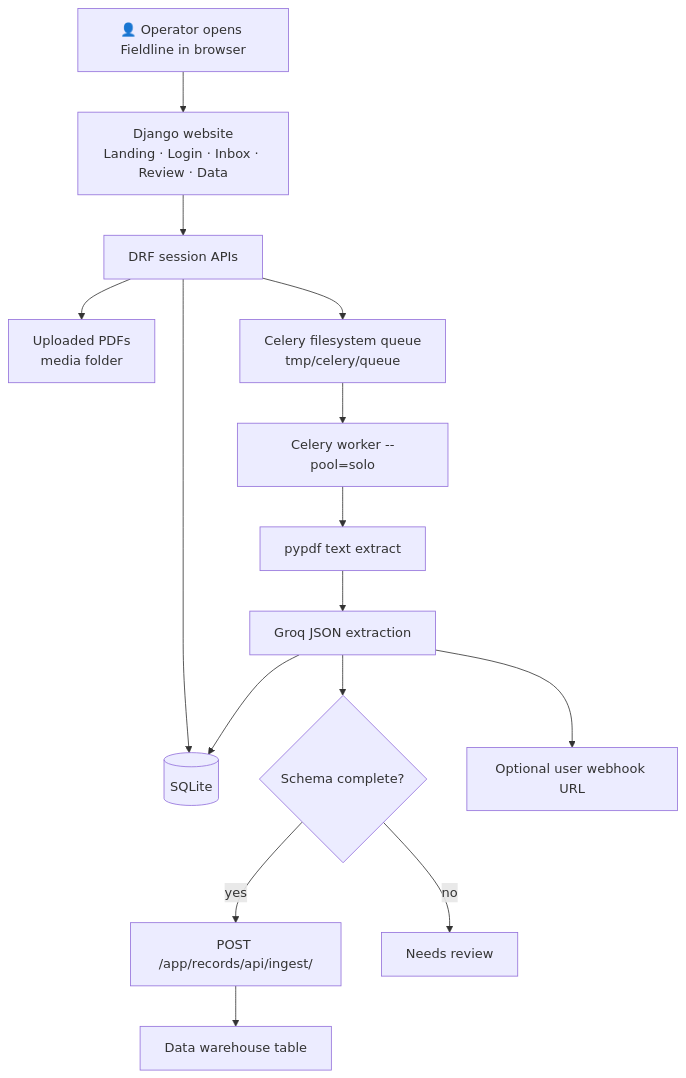
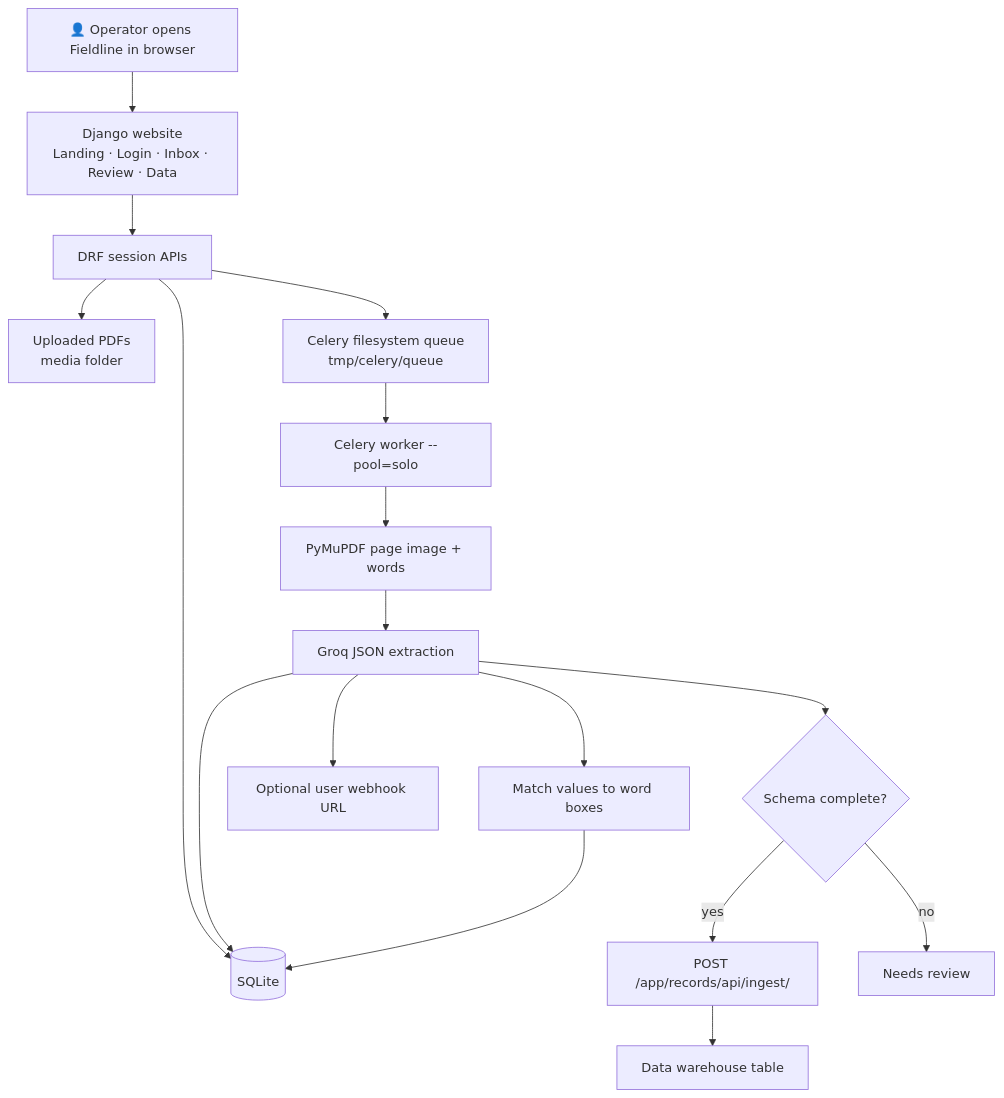
Before and after one commit to karan-chandel-asc/fieldline-document-intelligence: the first of 3 diagrams in README.md, drawn with Mermaid. The commit also changed other lines of this file and 19 other files, not shown here.

````diff
--- a/README.md
+++ b/README.md
@@ -174,21 +176,23 @@
 ```mermaid
 flowchart TB
   A[👤 Operator opens Fieldline in browser]
 
   A --> B[Django website<br/>Landing · Login · Inbox · Review · Data]
   B --> C[DRF session APIs]
   C --> D[(SQLite)]
   C --> E[Uploaded PDFs<br/>media folder]
   C --> F[Celery filesystem queue<br/>tmp/celery/queue]
 
   F --> G[Celery worker --pool=solo]
-  G --> H[pypdf text extract]
+  G --> H[PyMuPDF page image + words]
   H --> I[Groq JSON extraction]
   I --> D
+  I --> P[Match values to word boxes]
+  P --> D
 
   I --> J{Schema complete?}
   J -->|yes| K[POST /app/records/api/ingest/]
   J -->|no| L[Needs review]
   K --> M[Data warehouse table]
   I --> N[Optional user webhook URL]
 ```
````
